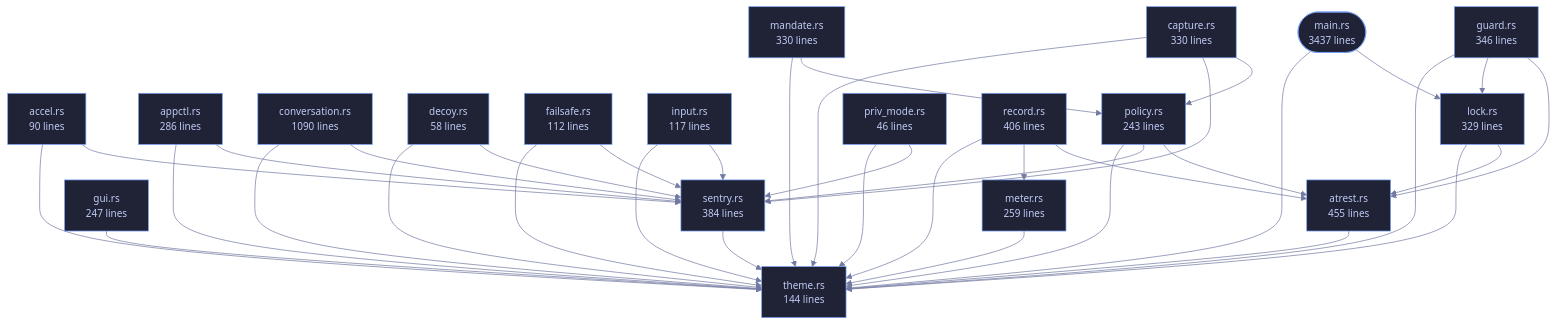
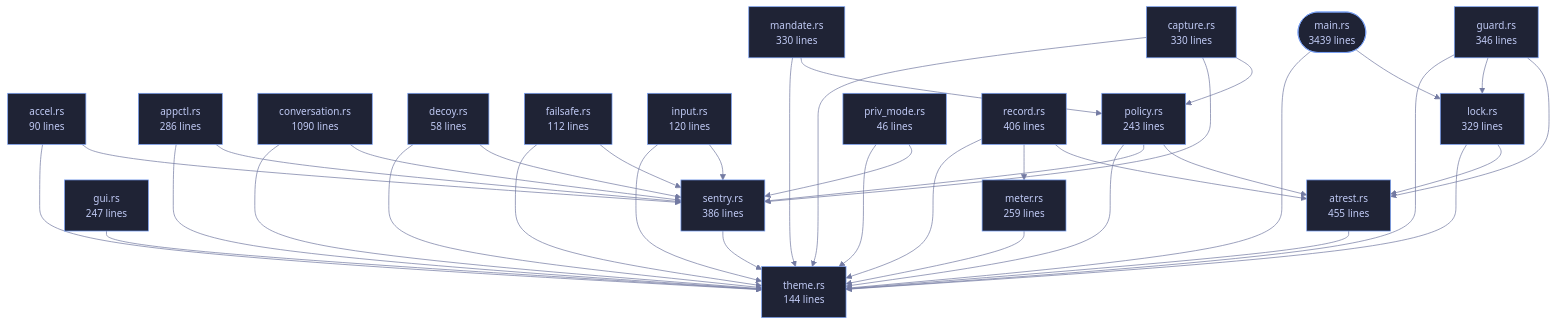
One commit to tilas01/veilvoice changed the diagram in wiki/Crate-veilvoice-cli.md. Above: the diagram before and after it, drawn with Mermaid. The commit also changed other lines of this file and 550 other files, not shown here.

````diff
--- a/wiki/Crate-veilvoice-cli.md
+++ b/wiki/Crate-veilvoice-cli.md
@@ -97,78 +97,78 @@
 ```mermaid
 %%{init: {"theme":"base","themeVariables":{"background":"#1a1b26","primaryColor":"#1f2335","primaryTextColor":"#c0caf5","primaryBorderColor":"#7aa2f7","secondaryColor":"#16161e","tertiaryColor":"#16161e","lineColor":"#737aa2","textColor":"#c0caf5","mainBkg":"#1f2335","nodeBorder":"#7aa2f7","clusterBkg":"#16161e","clusterBorder":"#2f3549","fontFamily":"ui-monospace, SFMono-Regular, Consolas, monospace","fontSize":"14px"}}}%%
 flowchart TD
-    n_main(["main.rs<br/>3437 lines"])
+    n_main(["main.rs<br/>3439 lines"])
     n_accel["accel.rs<br/>90 lines"]
     n_appctl["appctl.rs<br/>286 lines"]
     n_atrest["atrest.rs<br/>455 lines"]
     n_capture["capture.rs<br/>330 lines"]
     n_conversation["conversation.rs<br/>1090 lines"]
     n_decoy["decoy.rs<br/>58 lines"]
     n_failsafe["failsafe.rs<br/>112 lines"]
     n_guard["guard.rs<br/>346 lines"]
     n_gui["gui.rs<br/>247 lines"]
-    n_input["input.rs<br/>117 lines"]
+    n_input["input.rs<br/>120 lines"]
     n_lock["lock.rs<br/>329 lines"]
     n_mandate["mandate.rs<br/>330 lines"]
     n_meter["meter.rs<br/>259 lines"]
     n_policy["policy.rs<br/>243 lines"]
     n_priv_mode["priv_mode.rs<br/>46 lines"]
     n_record["record.rs<br/>406 lines"]
-    n_sentry["sentry.rs<br/>384 lines"]
+    n_sentry["sentry.rs<br/>386 lines"]
     n_theme["theme.rs<br/>144 lines"]
     n_accel --> n_sentry
     n_accel --> n_theme
     n_appctl --> n_sentry
     n_appctl --> n_theme
     n_atrest --> n_theme
     n_capture --> n_policy
     n_capture --> n_sentry
     n_capture --> n_theme
     n_conversation --> n_sentry
     n_conversation --> n_theme
     n_decoy --> n_sentry
     n_decoy --> n_theme
     n_failsafe --> n_sentry
     n_failsafe --> n_theme
     n_guard --> n_atrest
     n_guard --> n_lock
     n_guard --> n_theme
     n_gui --> n_theme
     n_input --> n_sentry
     n_input --> n_theme
     n_lock --> n_atrest
     n_lock --> n_theme
     n_main --> n_lock
     n_main --> n_theme
     n_mandate --> n_policy
     n_mandate --> n_theme
     n_meter --> n_theme
     n_policy --> n_atrest
     n_policy --> n_sentry
     n_policy --> n_theme
     n_priv_mode --> n_sentry
     n_priv_mode --> n_theme
     n_record --> n_atrest
     n_record --> n_meter
     n_record --> n_theme
     n_sentry --> n_theme
     click n_main href "https://github.com/tilas01/veilvoice/blob/main/crates/veilvoice-cli/src/main.rs" "open the source"
     click n_accel href "https://github.com/tilas01/veilvoice/blob/main/crates/veilvoice-cli/src/accel.rs" "open the source"
     click n_appctl href "https://github.com/tilas01/veilvoice/blob/main/crates/veilvoice-cli/src/appctl.rs" "open the source"
     click n_atrest href "https://github.com/tilas01/veilvoice/blob/main/crates/veilvoice-cli/src/atrest.rs" "open the source"
     click n_capture href "https://github.com/tilas01/veilvoice/blob/main/crates/veilvoice-cli/src/capture.rs" "open the source"
     click n_conversation href "https://github.com/tilas01/veilvoice/blob/main/crates/veilvoice-cli/src/conversation.rs" "open the source"
     click n_decoy href "https://github.com/tilas01/veilvoice/blob/main/crates/veilvoice-cli/src/decoy.rs" "open the source"
     click n_failsafe href "https://github.com/tilas01/veilvoice/blob/main/crates/veilvoice-cli/src/failsafe.rs" "open the source"
     click n_guard href "https://github.com/tilas01/veilvoice/blob/main/crates/veilvoice-cli/src/guard.rs" "open the source"
     click n_gui href "https://github.com/tilas01/veilvoice/blob/main/crates/veilvoice-cli/src/gui.rs" "open the source"
     click n_input href "https://github.com/tilas01/veilvoice/blob/main/crates/veilvoice-cli/src/input.rs" "open the source"
     click n_lock href "https://github.com/tilas01/veilvoice/blob/main/crates/veilvoice-cli/src/lock.rs" "open the source"
     click n_mandate href "https://github.com/tilas01/veilvoice/blob/main/crates/veilvoice-cli/src/mandate.rs" "open the source"
     click n_meter href "https://github.com/tilas01/veilvoice/blob/main/crates/veilvoice-cli/src/meter.rs" "open the source"
     click n_policy href "https://github.com/tilas01/veilvoice/blob/main/crates/veilvoice-cli/src/policy.rs" "open the source"
     click n_priv_mode href "https://github.com/tilas01/veilvoice/blob/main/crates/veilvoice-cli/src/priv_mode.rs" "open the source"
     click n_record href "https://github.com/tilas01/veilvoice/blob/main/crates/veilvoice-cli/src/record.rs" "open the source"
     click n_sentry href "https://github.com/tilas01/veilvoice/blob/main/crates/veilvoice-cli/src/sentry.rs" "open the source"
     click n_theme href "https://github.com/tilas01/veilvoice/blob/main/crates/veilvoice-cli/src/theme.rs" "open the source"
 ```
````
